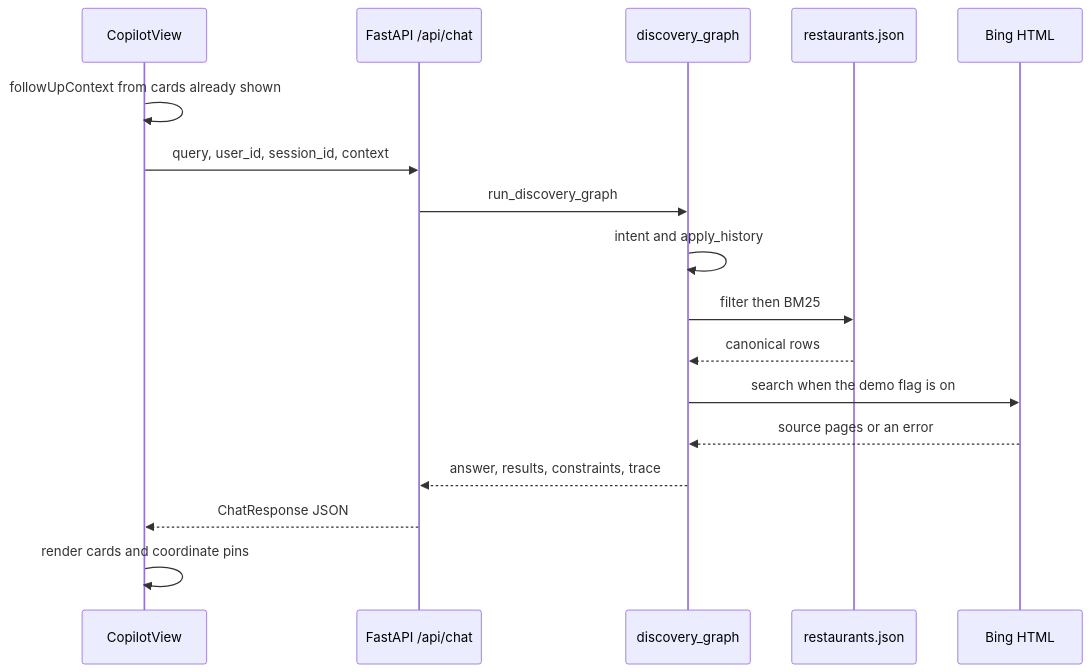
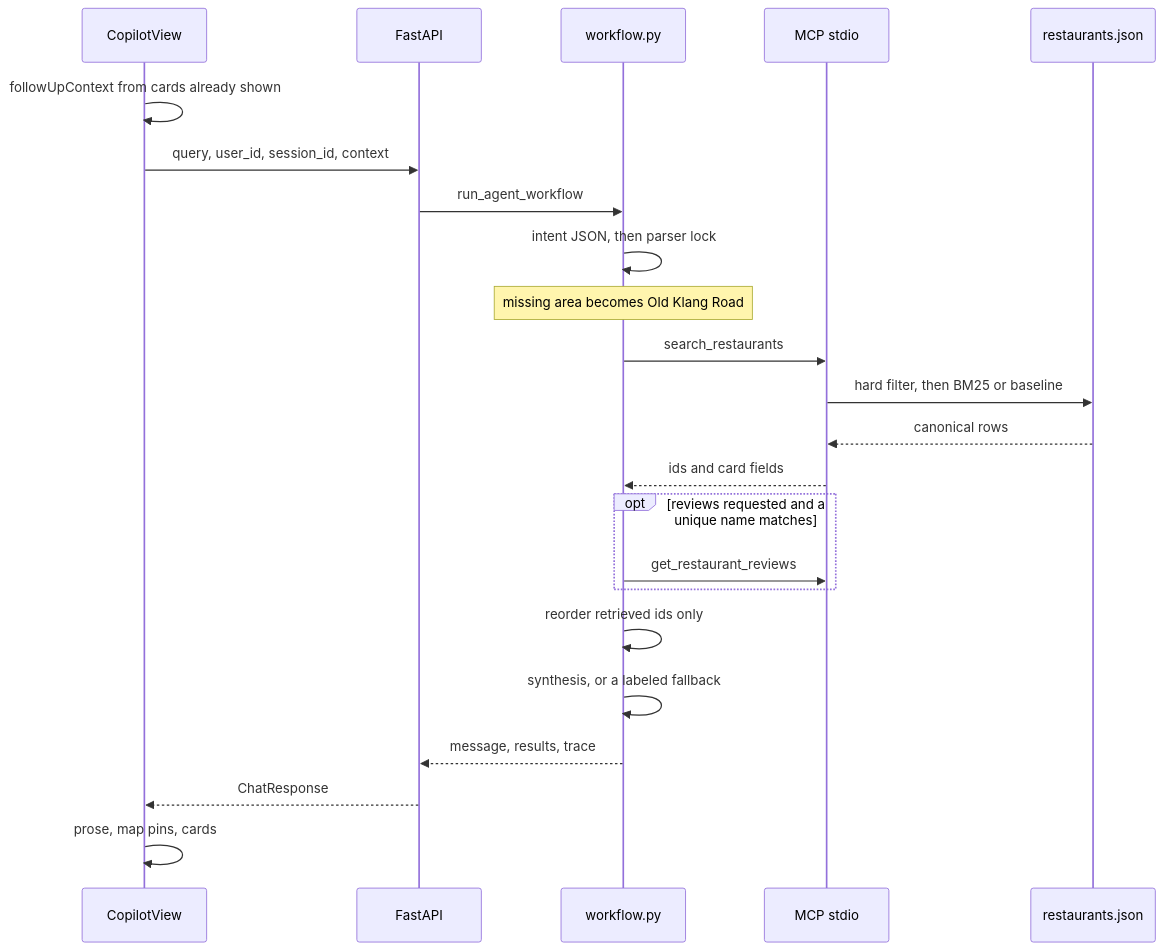
Before and after one commit to yoongkhoi/Malaysia-Food-Copilot-Multi-Agent-AI-Restaurant-Recommendation-System: the diagram in docs/request-flow.mmd, drawn with Mermaid. The commit also changed 9 other files, not shown here.

```diff
--- a/docs/request-flow.mmd
+++ b/docs/request-flow.mmd
@@ -1,17 +1,23 @@
 sequenceDiagram
   participant View as CopilotView
-  participant API as FastAPI /api/chat
-  participant Graph as discovery_graph
+  participant API as FastAPI
+  participant Flow as workflow.py
+  participant MCP as MCP stdio
   participant Data as restaurants.json
-  participant Web as Bing HTML
   View->>View: followUpContext from cards already shown
   View->>API: query, user_id, session_id, context
-  API->>Graph: run_discovery_graph
-  Graph->>Graph: intent and apply_history
-  Graph->>Data: filter then BM25
-  Data-->>Graph: canonical rows
-  Graph->>Web: search when the demo flag is on
-  Web-->>Graph: source pages or an error
-  Graph-->>API: answer, results, constraints, trace
-  API-->>View: ChatResponse JSON
-  View->>View: render cards and coordinate pins
+  API->>Flow: run_agent_workflow
+  Flow->>Flow: intent JSON, then parser lock
+  Note over Flow: missing area becomes Old Klang Road
+  Flow->>MCP: search_restaurants
+  MCP->>Data: hard filter, then BM25 or baseline
+  Data-->>MCP: canonical rows
+  MCP-->>Flow: ids and card fields
+  opt reviews requested and a unique name matches
+    Flow->>MCP: get_restaurant_reviews
+  end
+  Flow->>Flow: reorder retrieved ids only
+  Flow->>Flow: synthesis, or a labeled fallback
+  Flow-->>API: message, results, trace
+  API-->>View: ChatResponse
+  View->>View: prose, map pins, cards
```
